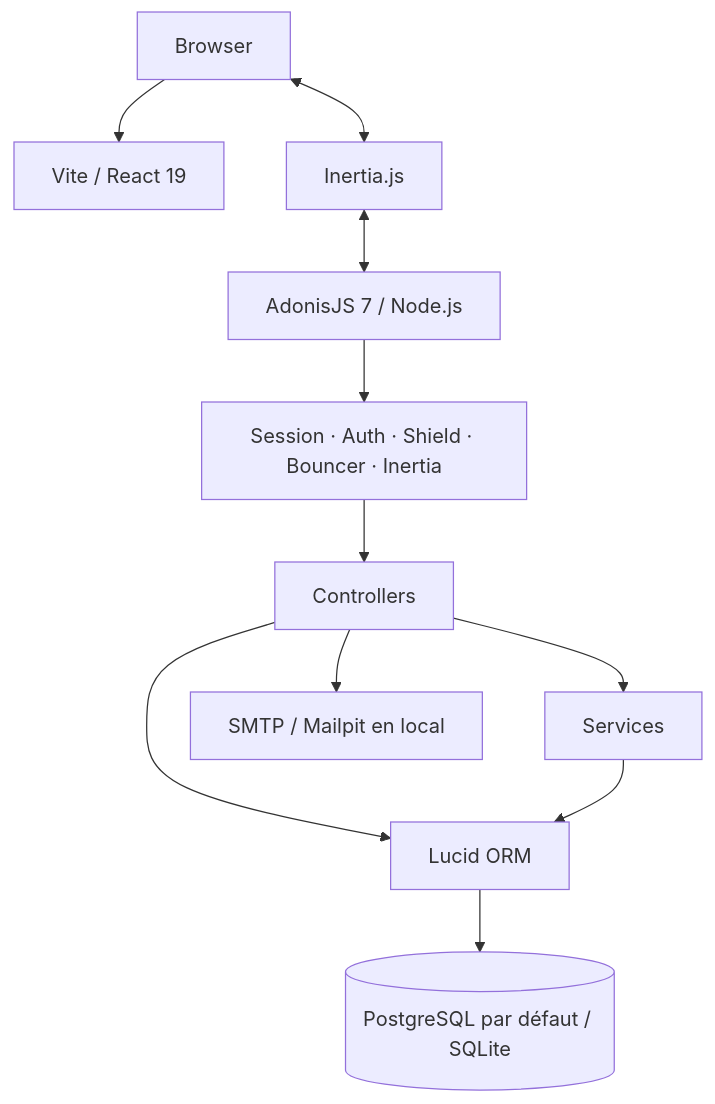
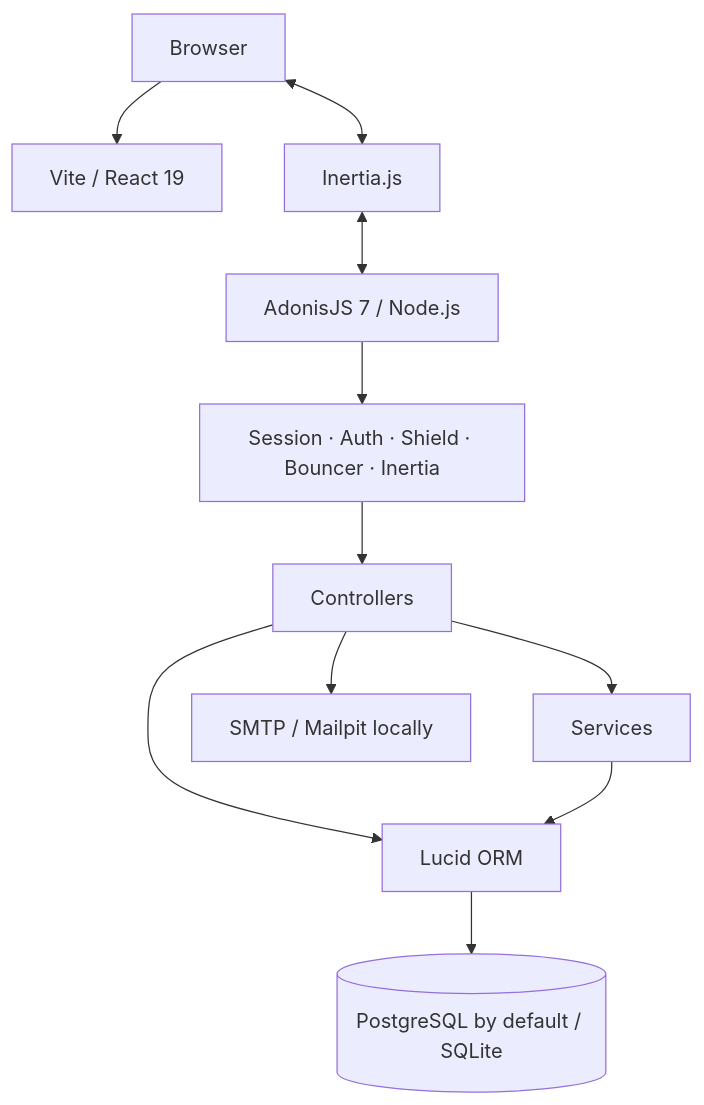
Before and after one commit to SLedunois/trce: the first of 6 diagrams in docs/architecture.md, drawn with Mermaid. The commit also changed other lines of this file and 16 other files, not shown here.

````diff
--- a/docs/architecture.md
+++ b/docs/architecture.md
@@ -19,22 +19,22 @@
 ```mermaid
 flowchart TB
     Browser[Browser]
     Vite[Vite / React 19]
     Inertia[Inertia.js]
     Adonis[AdonisJS 7 / Node.js]
     Middleware[Session · Auth · Shield · Bouncer · Inertia]
     Controllers[Controllers]
     Services[Services]
     Lucid[Lucid ORM]
-    DB[(PostgreSQL par défaut / SQLite)]
-    SMTP[SMTP / Mailpit en local]
+    DB[(PostgreSQL by default / SQLite)]
+    SMTP[SMTP / Mailpit locally]
 
     Browser --> Vite
     Browser <--> Inertia
     Inertia <--> Adonis
     Adonis --> Middleware --> Controllers
     Controllers --> Services
     Controllers --> Lucid
     Services --> Lucid --> DB
     Controllers --> SMTP
 ```
````
